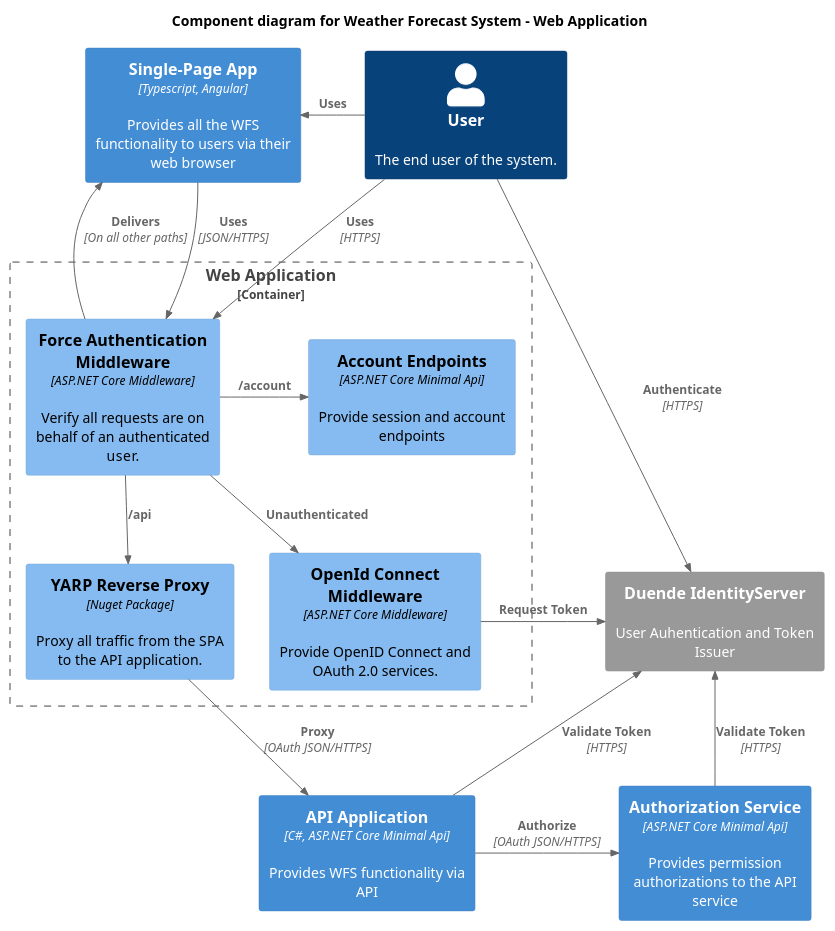
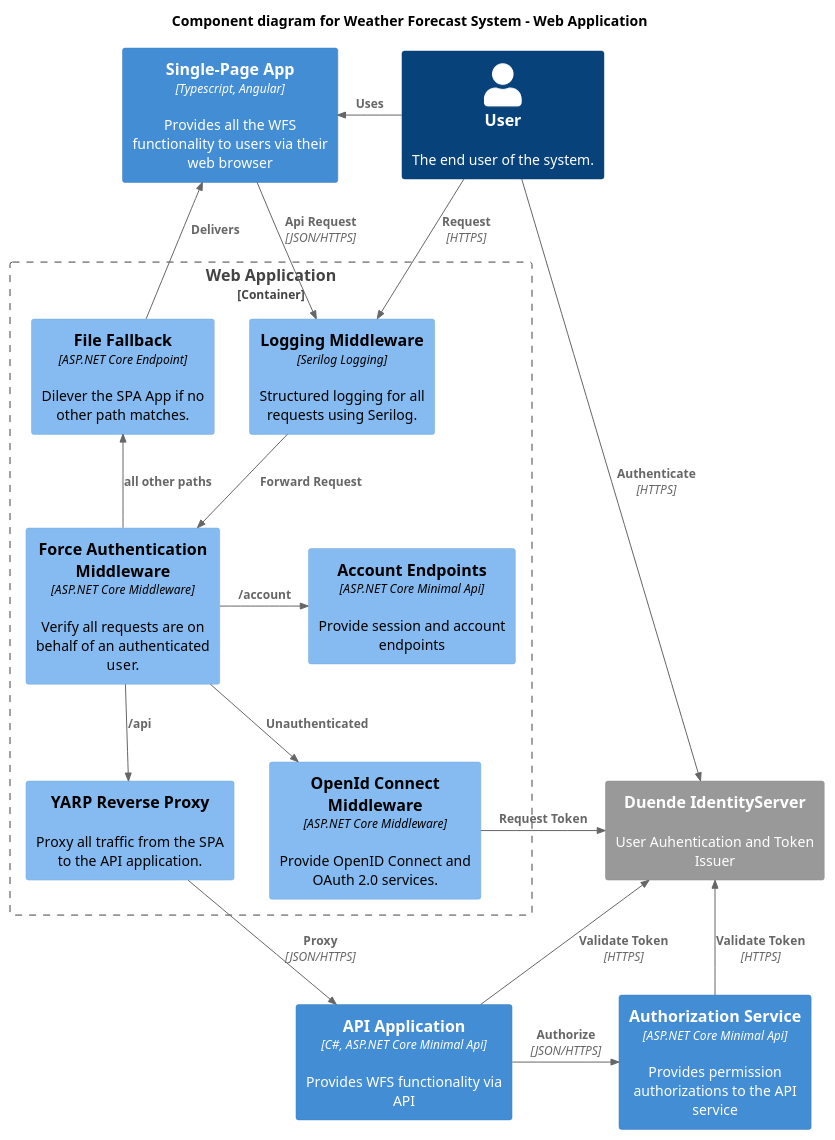
The diagram in architecture/component_web_app.puml (salmarsumi/CleanArchitecture), drawn with PlantUML before and after one commit. The commit also changed 6 other files, not shown here.

Commit message:
architectural diagrams

```diff
--- a/architecture/component_web_app.puml
+++ b/architecture/component_web_app.puml
@@ -1,41 +1,45 @@
 @startuml
 
 !include https://raw.githubusercontent.com/plantuml-stdlib/C4-PlantUML/master/C4_Component.puml
 
 HIDE_STEREOTYPE()
 
 title Component diagram for Weather Forecast System - Web Application
 
 Person(user, "User", "The end user of the system.")
 
 Container(spa, "Single-Page App", "Typescript, Angular", "Provides all the WFS functionality to users via their web browser")
 Container(api, "API Application", "C#, ASP.NET Core Minimal Api", "Provides WFS functionality via API")
 Container(authz, "Authorization Service", "ASP.NET Core Minimal Api", "Provides permission authorizations to the API service")
 
 System_Ext(identity, "Duende IdentityServer", "User Auhentication and Token Issuer")
 
 Container_Boundary(web_app, "Web Application") {
+    Component(log, "Logging Middleware", "Serilog Logging", "Structured logging for all requests using Serilog.")
     Component(auth_mid, "Force Authentication Middleware", "ASP.NET Core Middleware", "Verify all requests are on behalf of an authenticated user.")
+    Component(file, "File Fallback", "ASP.NET Core Endpoint", "Dilever the SPA App if no other path matches.")
     Component(auth, "OpenId Connect Middleware", "ASP.NET Core Middleware", "Provide OpenID Connect and OAuth 2.0 services.")
-    Component(yarp, "YARP Reverse Proxy", "Nuget Package", "Proxy all traffic from the SPA to the API application.")
+    Component(yarp, "YARP Reverse Proxy", "", "Proxy all traffic from the SPA to the API application.")
     Component(account_ep, "Account Endpoints", "ASP.NET Core Minimal Api", "Provide session and account endpoints")
 }
 
-Rel_Neighbor(user, auth_mid, "Uses", "HTTPS")
+Rel_Neighbor(user, log, "Request", "HTTPS")
 Rel_L(user, spa, "Uses")
 Rel(user, identity, "Authenticate", "HTTPS")
 Rel_Neighbor(auth, identity, "Request Token")
-Rel_U(auth_mid, spa, "Delivers", "On all other paths")
-Rel(spa, auth_mid, "Uses", "JSON/HTTPS")
+Rel_U(file, spa, "Delivers")
+Rel(spa, log, "Api Request", "JSON/HTTPS")
 Rel(auth_mid, yarp, "/api")
+Rel_U(auth_mid, file, "all other paths")
 Rel_Neighbor(auth_mid, account_ep, "/account")
 Rel(auth_mid, auth, "Unauthenticated")
-Rel(yarp, api, "Proxy", "OAuth JSON/HTTPS")
-Rel_R(api, authz, "Authorize", "OAuth JSON/HTTPS")
+Rel(yarp, api, "Proxy", "JSON/HTTPS")
+Rel_R(api, authz, "Authorize", "JSON/HTTPS")
 Rel_U(api, identity, "Validate Token", "HTTPS")
 Rel_U(authz, identity, "Validate Token", "HTTPS")
+Rel(log, auth_mid, "Forward Request")
 
-Lay_L(auth, yarp)
+Lay_R(auth, yarp)
 Lay_L(user, spa)
 
 @enduml
```
